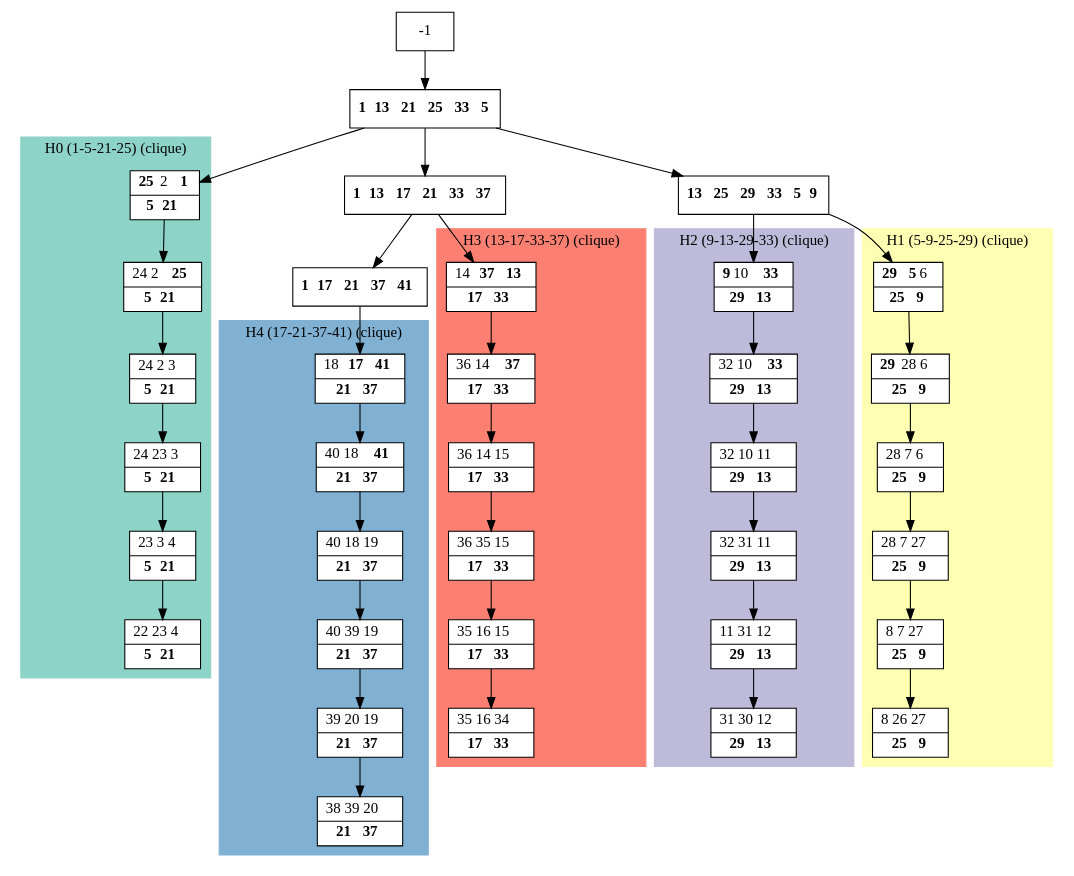
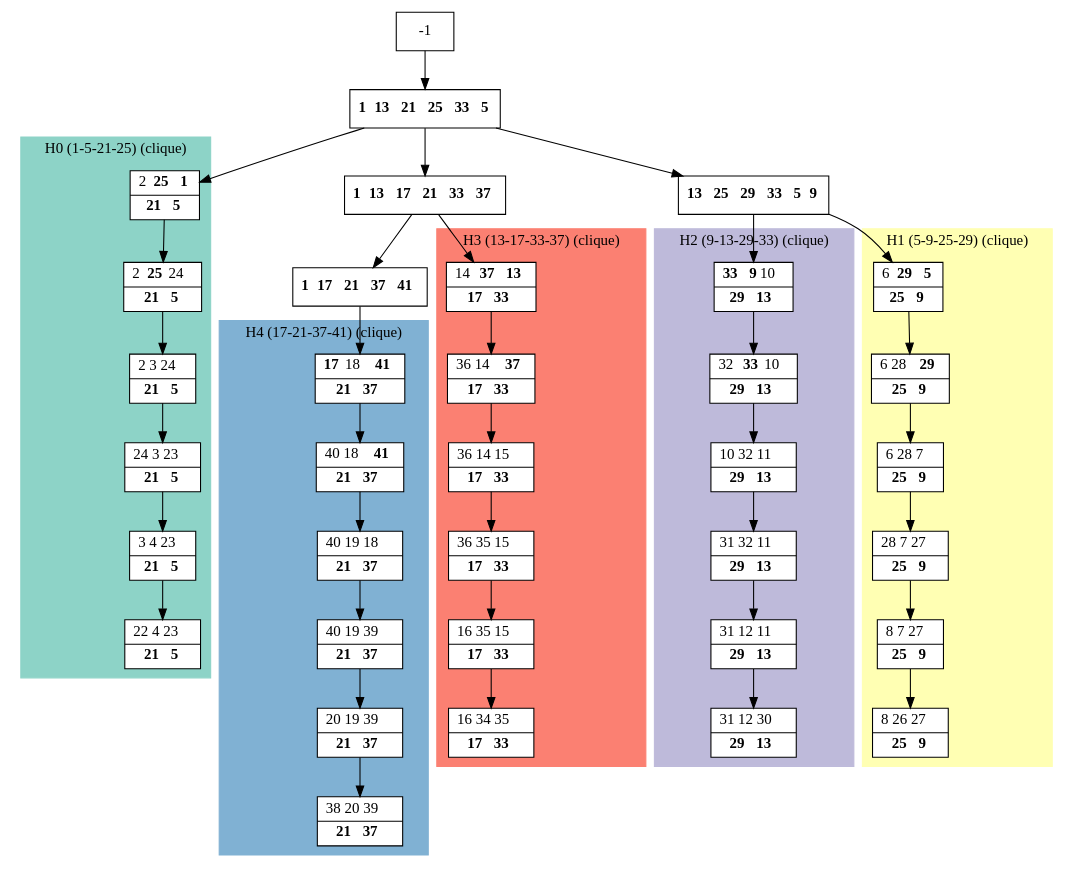
Before and after one commit to bmarchand/auto-dp: the diagram in results/dot_files/processed_K5.dot, drawn with Graphviz. The commit also changed 112 other files, not shown here.

```diff
--- a/results/dot_files/processed_K5.dot
+++ b/results/dot_files/processed_K5.dot
@@ -1,86 +1,86 @@
 digraph G {
     node [shape=box];
     subgraph cluster0 {
         node [style=filled,fillcolor=white];
         labeljust="l";
         style=filled;
         color="#8DD3C7";
         H0_0 -> H0_1 -> H0_2 -> H0_3 -> H0_4 -> H0_5;
         label="H0 (1-5-21-25) (clique)";
     }
     subgraph cluster1 {
         node [style=filled,fillcolor=white];
         labeljust="l";
         style=filled;
         color="#FFFFB3";
         H1_0 -> H1_1 -> H1_2 -> H1_3 -> H1_4 -> H1_5;
         label="H1 (5-9-25-29) (clique)";
     }
     subgraph cluster2 {
         node [style=filled,fillcolor=white];
         labeljust="l";
         style=filled;
         color="#BEBADA";
         H2_0 -> H2_1 -> H2_2 -> H2_3 -> H2_4 -> H2_5;
         label="H2 (9-13-29-33) (clique)";
     }
     subgraph cluster3 {
         node [style=filled,fillcolor=white];
         labeljust="l";
         style=filled;
         color="#FB8072";
         H3_0 -> H3_1 -> H3_2 -> H3_3 -> H3_4 -> H3_5;
         label="H3 (13-17-33-37) (clique)";
     }
     subgraph cluster4 {
         node [style=filled,fillcolor=white];
         labeljust="l";
         style=filled;
         color="#80B1D3";
         H4_0 -> H4_1 -> H4_2 -> H4_3 -> H4_4 -> H4_5;
         label="H4 (17-21-37-41) (clique)";
     }
      1 [shape=record,label= <{ <b>1</b> <b>13</b> <b>21</b> <b>25</b> <b>33</b> <b>5</b>}> ];
      -1  ->  1;
      21 [shape=record,label= <{ <b>1</b> <b>13</b> <b>17</b> <b>21</b> <b>33</b> <b>37</b>}> ];
      1  ->  21;
      H3_0 [shape=record,label= <{ 14 <b>37</b> <b>13</b>|  <b>17</b> <b>33</b>}> ];
      21  ->  H3_0;
      H3_1 [shape=record,label= <{ 36 14 <b>37</b>|  <b>17</b> <b>33</b>}> ];
      H3_2 [shape=record,label= <{ 36 14 15|  <b>17</b> <b>33</b>}> ];
      H3_3 [shape=record,label= <{ 36 35 15|  <b>17</b> <b>33</b>}> ];
-     H3_4 [shape=record,label= <{ 35 16 15|  <b>17</b> <b>33</b>}> ];
-     H3_5 [shape=record,label= <{ 35 16 34|  <b>17</b> <b>33</b>}> ];
+     H3_4 [shape=record,label= <{ 16 35 15|  <b>17</b> <b>33</b>}> ];
+     H3_5 [shape=record,label= <{ 16 34 35|  <b>17</b> <b>33</b>}> ];
      30 [shape=record,label= <{ <b>1</b> <b>17</b> <b>21</b> <b>37</b> <b>41</b>}> ];
      21  ->  30;
-     H4_0 [shape=record,label= <{ 18 <b>17</b> <b>41</b>|  <b>21</b> <b>37</b>}> ];
+     H4_0 [shape=record,label= <{ <b>17</b> 18 <b>41</b>|  <b>21</b> <b>37</b>}> ];
      30  ->  H4_0;
      H4_1 [shape=record,label= <{ 40 18 <b>41</b>|  <b>21</b> <b>37</b>}> ];
-     H4_2 [shape=record,label= <{ 40 18 19|  <b>21</b> <b>37</b>}> ];
-     H4_3 [shape=record,label= <{ 40 39 19|  <b>21</b> <b>37</b>}> ];
-     H4_4 [shape=record,label= <{ 39 20 19|  <b>21</b> <b>37</b>}> ];
-     H4_5 [shape=record,label= <{ 38 39 20|  <b>21</b> <b>37</b>}> ];
-     H0_0 [shape=record,label= <{ <b>25</b> 2 <b>1</b>|  <b>5</b> <b>21</b>}> ];
+     H4_2 [shape=record,label= <{ 40 19 18|  <b>21</b> <b>37</b>}> ];
+     H4_3 [shape=record,label= <{ 40 19 39|  <b>21</b> <b>37</b>}> ];
+     H4_4 [shape=record,label= <{ 20 19 39|  <b>21</b> <b>37</b>}> ];
+     H4_5 [shape=record,label= <{ 38 20 39|  <b>21</b> <b>37</b>}> ];
+     H0_0 [shape=record,label= <{ 2 <b>25</b> <b>1</b>|  <b>21</b> <b>5</b>}> ];
      1  ->  H0_0;
-     H0_1 [shape=record,label= <{ 24 2 <b>25</b>|  <b>5</b> <b>21</b>}> ];
-     H0_2 [shape=record,label= <{ 24 2 3|  <b>5</b> <b>21</b>}> ];
-     H0_3 [shape=record,label= <{ 24 23 3|  <b>5</b> <b>21</b>}> ];
-     H0_4 [shape=record,label= <{ 23 3 4|  <b>5</b> <b>21</b>}> ];
-     H0_5 [shape=record,label= <{ 22 23 4|  <b>5</b> <b>21</b>}> ];
+     H0_1 [shape=record,label= <{ 2 <b>25</b> 24|  <b>21</b> <b>5</b>}> ];
+     H0_2 [shape=record,label= <{ 2 3 24|  <b>21</b> <b>5</b>}> ];
+     H0_3 [shape=record,label= <{ 24 3 23|  <b>21</b> <b>5</b>}> ];
+     H0_4 [shape=record,label= <{ 3 4 23|  <b>21</b> <b>5</b>}> ];
+     H0_5 [shape=record,label= <{ 22 4 23|  <b>21</b> <b>5</b>}> ];
      8 [shape=record,label= <{ <b>13</b> <b>25</b> <b>29</b> <b>33</b> <b>5</b> <b>9</b>}> ];
      1  ->  8;
-     H1_0 [shape=record,label= <{ <b>29</b> <b>5</b> 6|  <b>25</b> <b>9</b>}> ];
+     H1_0 [shape=record,label= <{ 6 <b>29</b> <b>5</b>|  <b>25</b> <b>9</b>}> ];
      8  ->  H1_0;
-     H1_1 [shape=record,label= <{ <b>29</b> 28 6|  <b>25</b> <b>9</b>}> ];
-     H1_2 [shape=record,label= <{ 28 7 6|  <b>25</b> <b>9</b>}> ];
+     H1_1 [shape=record,label= <{ 6 28 <b>29</b>|  <b>25</b> <b>9</b>}> ];
+     H1_2 [shape=record,label= <{ 6 28 7|  <b>25</b> <b>9</b>}> ];
      H1_3 [shape=record,label= <{ 28 7 27|  <b>25</b> <b>9</b>}> ];
      H1_4 [shape=record,label= <{ 8 7 27|  <b>25</b> <b>9</b>}> ];
      H1_5 [shape=record,label= <{ 8 26 27|  <b>25</b> <b>9</b>}> ];
-     H2_0 [shape=record,label= <{ <b>9</b> 10 <b>33</b>|  <b>29</b> <b>13</b>}> ];
+     H2_0 [shape=record,label= <{ <b>33</b> <b>9</b> 10|  <b>29</b> <b>13</b>}> ];
      8  ->  H2_0;
-     H2_1 [shape=record,label= <{ 32 10 <b>33</b>|  <b>29</b> <b>13</b>}> ];
-     H2_2 [shape=record,label= <{ 32 10 11|  <b>29</b> <b>13</b>}> ];
-     H2_3 [shape=record,label= <{ 32 31 11|  <b>29</b> <b>13</b>}> ];
-     H2_4 [shape=record,label= <{ 11 31 12|  <b>29</b> <b>13</b>}> ];
-     H2_5 [shape=record,label= <{ 31 30 12|  <b>29</b> <b>13</b>}> ];
+     H2_1 [shape=record,label= <{ 32 <b>33</b> 10|  <b>29</b> <b>13</b>}> ];
+     H2_2 [shape=record,label= <{ 10 32 11|  <b>29</b> <b>13</b>}> ];
+     H2_3 [shape=record,label= <{ 31 32 11|  <b>29</b> <b>13</b>}> ];
+     H2_4 [shape=record,label= <{ 31 12 11|  <b>29</b> <b>13</b>}> ];
+     H2_5 [shape=record,label= <{ 31 12 30|  <b>29</b> <b>13</b>}> ];
 }
```
